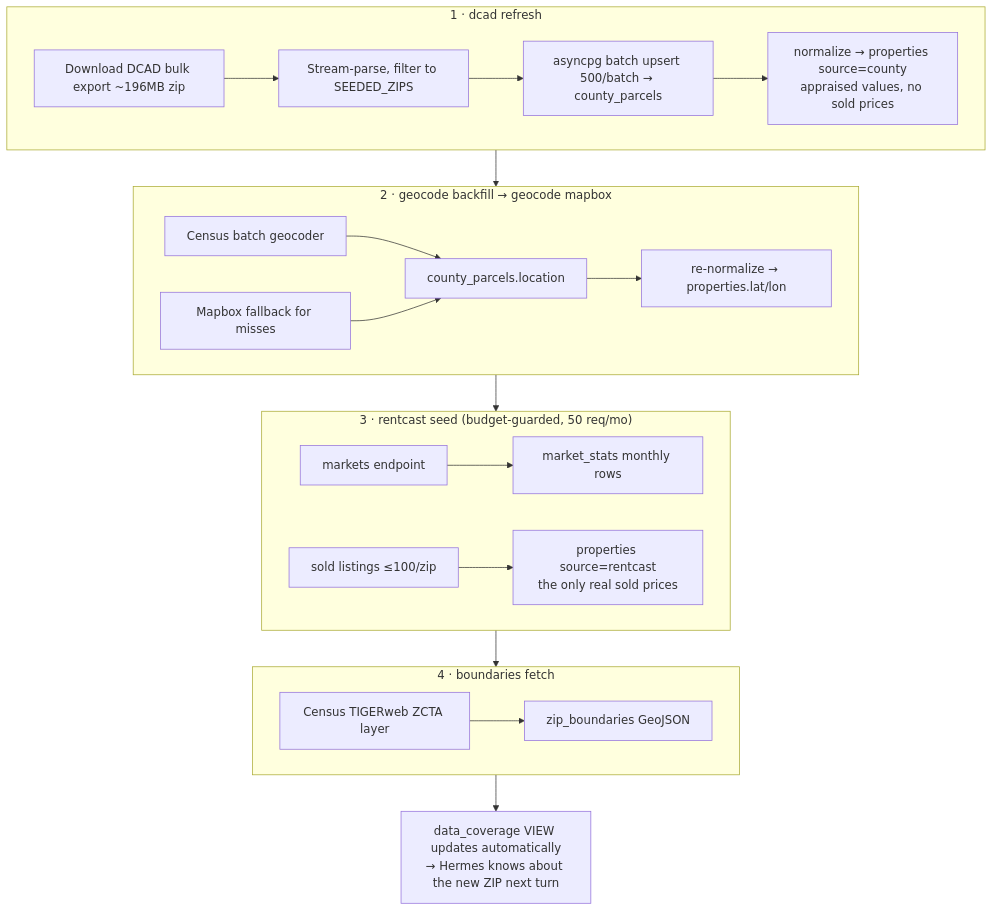
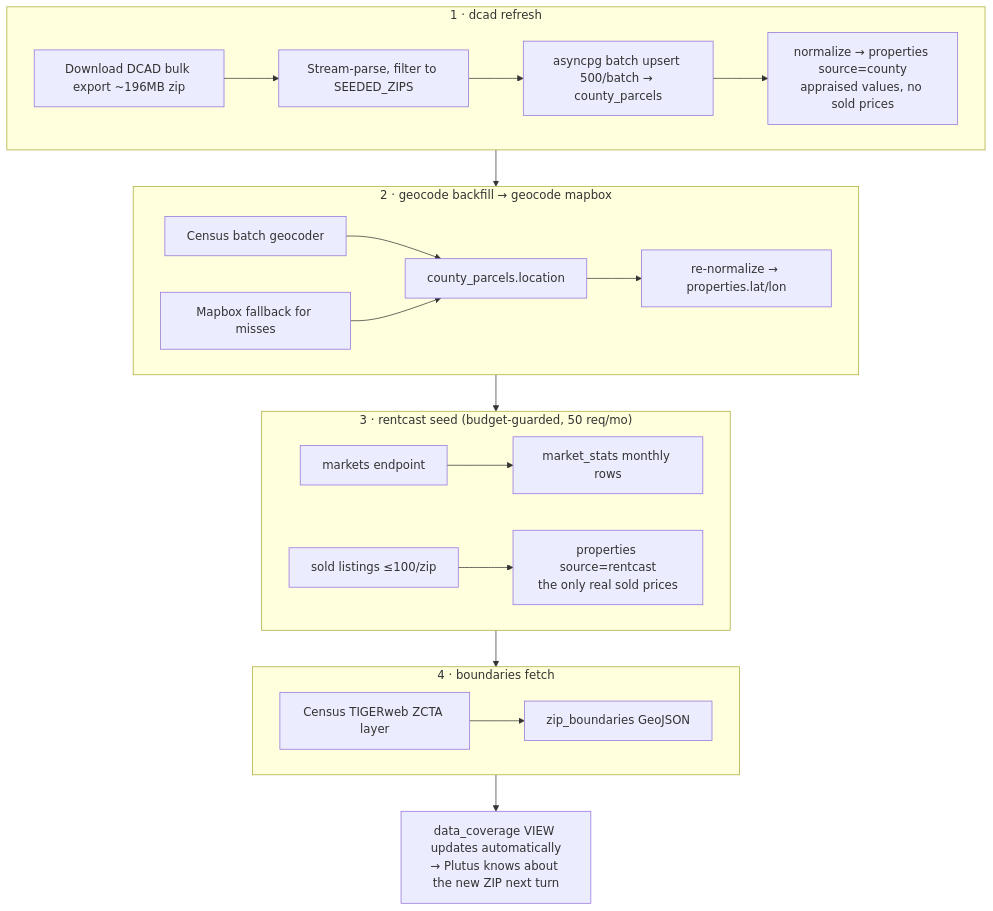
Before and after one commit to abhisheksharma1042/RealtorAgentPlatform: the seventh of 7 diagrams in docs/SYSTEM-FLOWS.md, drawn with Mermaid. The commit also changed other lines of this file and 2 other files, not shown here.

First line of the commit message:
docs: update agent name from Hermes to Plutus in all documentation

````diff
--- a/docs/SYSTEM-FLOWS.md
+++ b/docs/SYSTEM-FLOWS.md
@@ -221,21 +221,21 @@
 ```mermaid
 flowchart TB
     subgraph Step1["1 · dcad refresh"]
         D1[Download DCAD bulk export ~196MB zip] --> D2[Stream-parse, filter to SEEDED_ZIPS]
         D2 --> D3[asyncpg batch upsert 500/batch → county_parcels]
         D3 --> D4[normalize → properties source=county<br/>appraised values, no sold prices]
     end
     subgraph Step2["2 · geocode backfill → geocode mapbox"]
         G1[Census batch geocoder] --> G2[county_parcels.location]
         G3[Mapbox fallback for misses] --> G2
         G2 --> G4[re-normalize → properties.lat/lon]
     end
     subgraph Step3["3 · rentcast seed (budget-guarded, 50 req/mo)"]
         R1[markets endpoint] --> R2[market_stats monthly rows]
         R3[sold listings ≤100/zip] --> R4[properties source=rentcast<br/>the only real sold prices]
     end
     subgraph Step4["4 · boundaries fetch"]
         B1[Census TIGERweb ZCTA layer] --> B2[zip_boundaries GeoJSON]
     end
-    Step1 --> Step2 --> Step3 --> Step4 --> V[data_coverage VIEW updates automatically<br/>→ Hermes knows about the new ZIP next turn]
+    Step1 --> Step2 --> Step3 --> Step4 --> V[data_coverage VIEW updates automatically<br/>→ Plutus knows about the new ZIP next turn]
 ```
````
